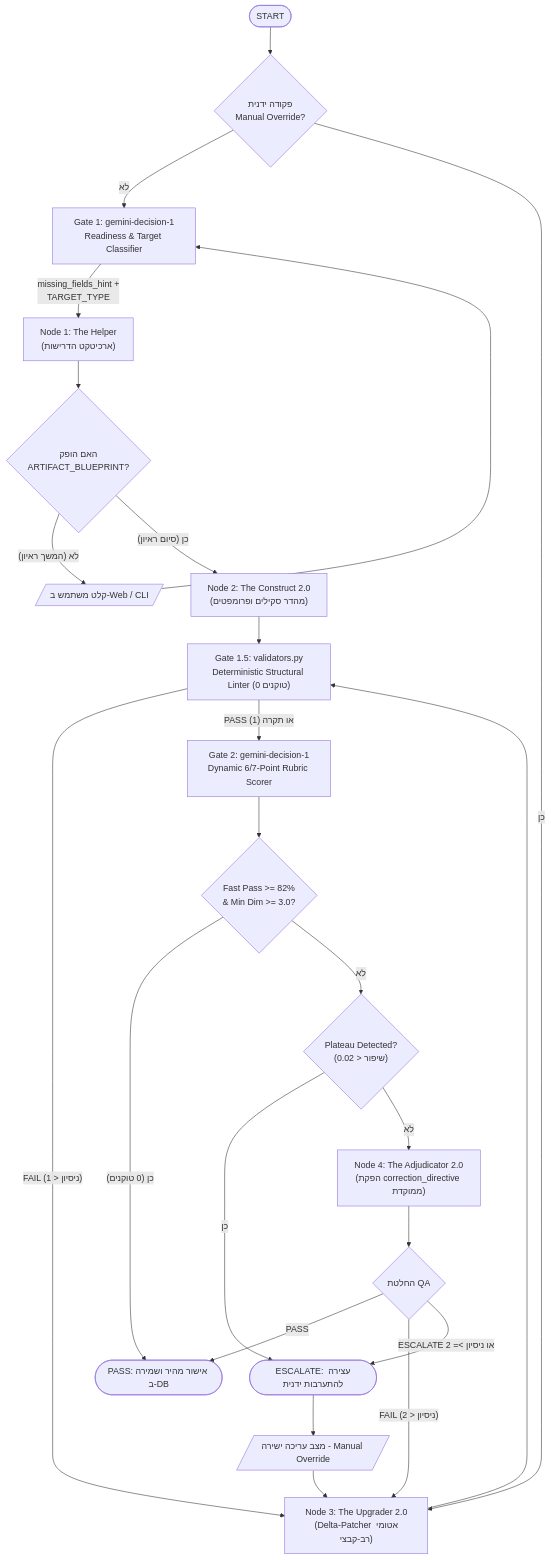
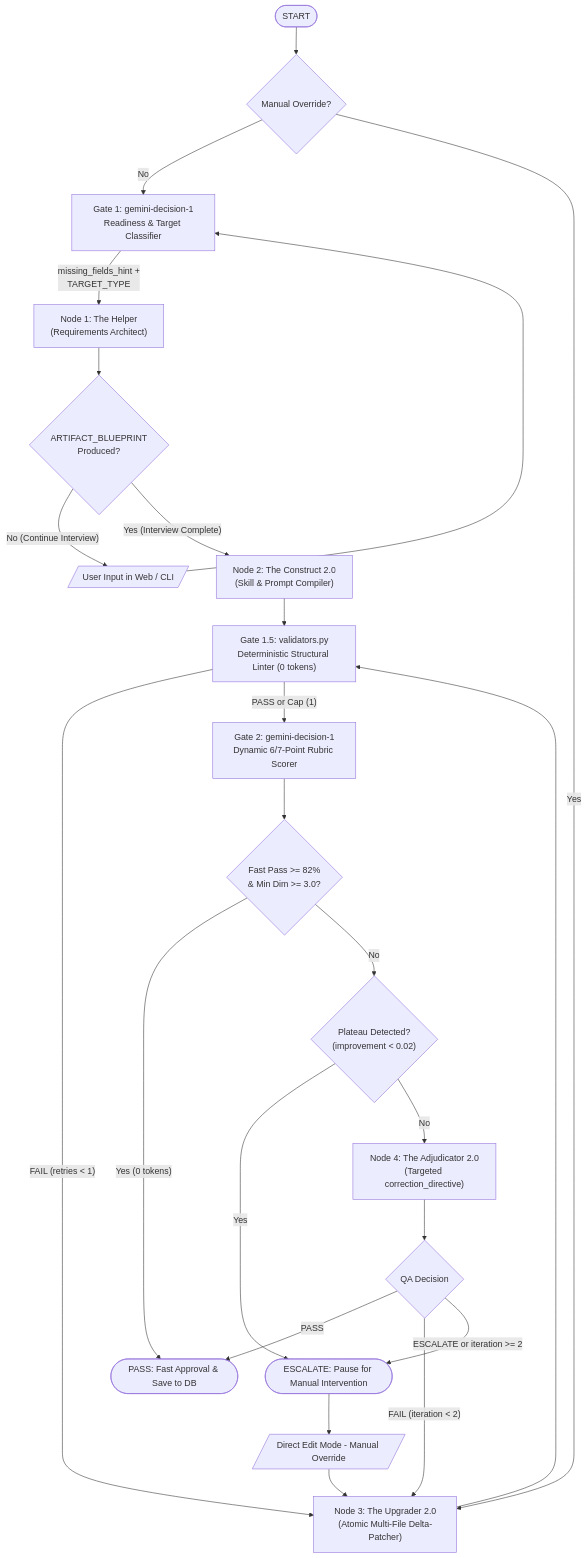
Before and after one commit to yubranvalde-byte/betterBot: the diagram in README.md, drawn with Mermaid. The commit also changed other lines of this file, not shown here.

````diff
--- a/README.md
+++ b/README.md
@@ -36,30 +36,30 @@
 ```mermaid
 flowchart TD
-    Start([START]) --> RouteStart{פקודה ידנית\nManual Override?}
-    RouteStart -- לא --> Gate1["Gate 1: gemini-decision-1\nReadiness & Target Classifier"]
-    RouteStart -- כן --> Upgrader["Node 3: The Upgrader 2.0\n(Delta-Patcher אטומי רב-קבצי)"]
+    Start([START]) --> RouteStart{Manual Override?}
+    RouteStart -- No --> Gate1["Gate 1: gemini-decision-1\nReadiness & Target Classifier"]
+    RouteStart -- Yes --> Upgrader["Node 3: The Upgrader 2.0\n(Atomic Multi-File Delta-Patcher)"]
 
-    Gate1 -- "missing_fields_hint +\nTARGET_TYPE" --> Helper["Node 1: The Helper\n(ארכיטקט הדרישות)"]
-    Helper --> CheckBlueprint{האם הופק\nARTIFACT_BLUEPRINT?}
-    CheckBlueprint -- "לא (המשך ראיון)" --> UserInput[/קלט משתמש ב-Web / CLI/]
+    Gate1 -- "missing_fields_hint +\nTARGET_TYPE" --> Helper["Node 1: The Helper\n(Requirements Architect)"]
+    Helper --> CheckBlueprint{ARTIFACT_BLUEPRINT\nProduced?}
+    CheckBlueprint -- "No (Continue Interview)" --> UserInput[/User Input in Web / CLI/]
     UserInput --> Gate1
-    CheckBlueprint -- "כן (סיום ראיון)" --> Construct["Node 2: The Construct 2.0\n(מהדר סקילים ופרומפטים)"]
+    CheckBlueprint -- "Yes (Interview Complete)" --> Construct["Node 2: The Construct 2.0\n(Skill & Prompt Compiler)"]
 
-    Construct --> Gate15["Gate 1.5: validators.py\nDeterministic Structural Linter (0 טוקנים)"]
+    Construct --> Gate15["Gate 1.5: validators.py\nDeterministic Structural Linter (0 tokens)"]
     Upgrader --> Gate15
-    Gate15 -- "FAIL (ניסיון < 1)" --> Upgrader
-    Gate15 -- "PASS או תקרה (1)" --> Gate2["Gate 2: gemini-decision-1\nDynamic 6/7-Point Rubric Scorer"]
+    Gate15 -- "FAIL (retries < 1)" --> Upgrader
+    Gate15 -- "PASS or Cap (1)" --> Gate2["Gate 2: gemini-decision-1\nDynamic 6/7-Point Rubric Scorer"]
 
     Gate2 --> FastCheck{"Fast Pass >= 82%\n& Min Dim >= 3.0?"}
-    FastCheck -- "כן (0 טוקנים)" --> EndSuccess([PASS: אישור מהיר ושמירה ב-DB])
-    FastCheck -- לא --> PlateauCheck{"Plateau Detected?\n(שיפור < 0.02)"}
-    PlateauCheck -- כן --> Escalate([ESCALATE: עצירה להתערבות ידנית])
-    PlateauCheck -- לא --> Adjudicator["Node 4: The Adjudicator 2.0\n(הפקת correction_directive ממוקדת)"]
+    FastCheck -- "Yes (0 tokens)" --> EndSuccess([PASS: Fast Approval & Save to DB])
+    FastCheck -- No --> PlateauCheck{"Plateau Detected?\n(improvement < 0.02)"}
+    PlateauCheck -- Yes --> Escalate([ESCALATE: Pause for Manual Intervention])
+    PlateauCheck -- No --> Adjudicator["Node 4: The Adjudicator 2.0\n(Targeted correction_directive)"]
 
-    Adjudicator --> RouteQA{החלטת QA}
+    Adjudicator --> RouteQA{QA Decision}
     RouteQA -- "PASS" --> EndSuccess
-    RouteQA -- "FAIL (ניסיון < 2)" --> Upgrader
-    RouteQA -- "ESCALATE או ניסיון >= 2" --> Escalate
-    Escalate --> ManualOverride[/מצב עריכה ישירה - Manual Override/]
+    RouteQA -- "FAIL (iteration < 2)" --> Upgrader
+    RouteQA -- "ESCALATE or iteration >= 2" --> Escalate
+    Escalate --> ManualOverride[/Direct Edit Mode - Manual Override/]
     ManualOverride --> Upgrader
 ```
````
